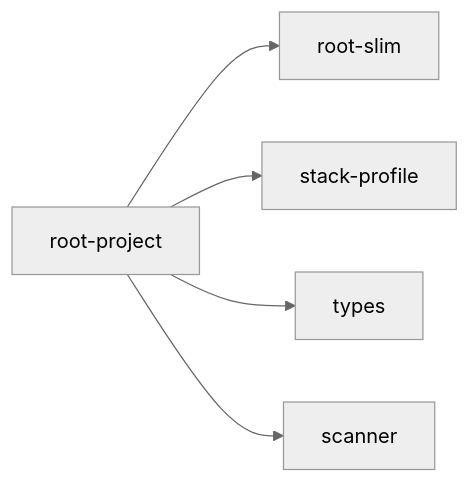
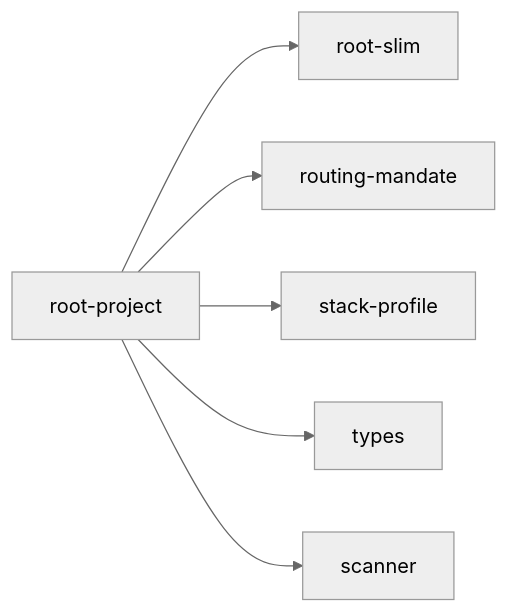
One commit to hellhellpnick/context-graph changed the diagram in .cursor/rules/ctxgraph--src-graph-builder-deterministic-root-project.mdc. Above: the diagram before and after it, drawn with Mermaid (neutral theme). The commit also changed other lines of this file and 160 other files, not shown here.

````diff
--- a/.cursor/rules/ctxgraph--src-graph-builder-deterministic-root-project.mdc
+++ b/.cursor/rules/ctxgraph--src-graph-builder-deterministic-root-project.mdc
@@ -14,8 +14,9 @@
 ```mermaid
 graph LR
   root_project[root-project]
   root_project --> root_slim[root-slim]
+  root_project --> routing_mandate[routing-mandate]
   root_project --> stack_profile[stack-profile]
   root_project --> types[types]
   root_project --> scanner[scanner]
 ```
````
